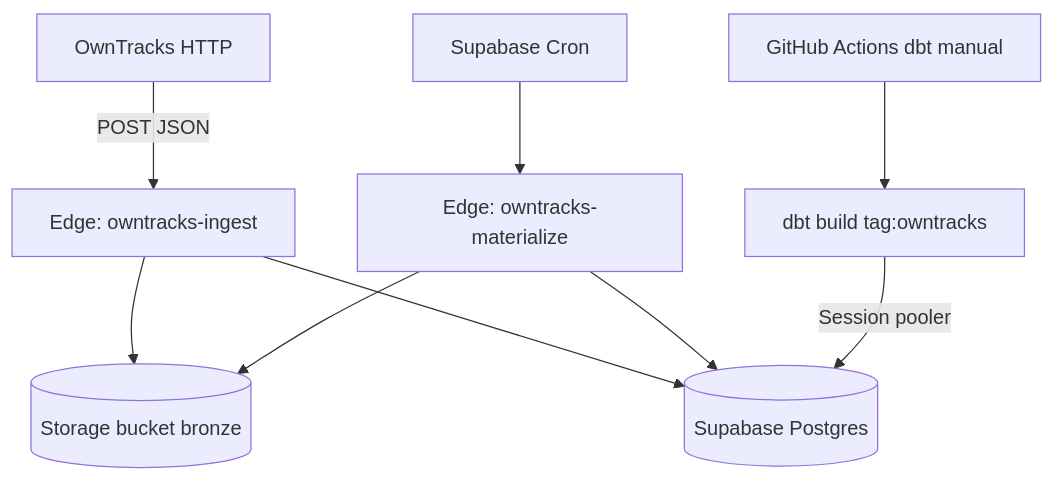
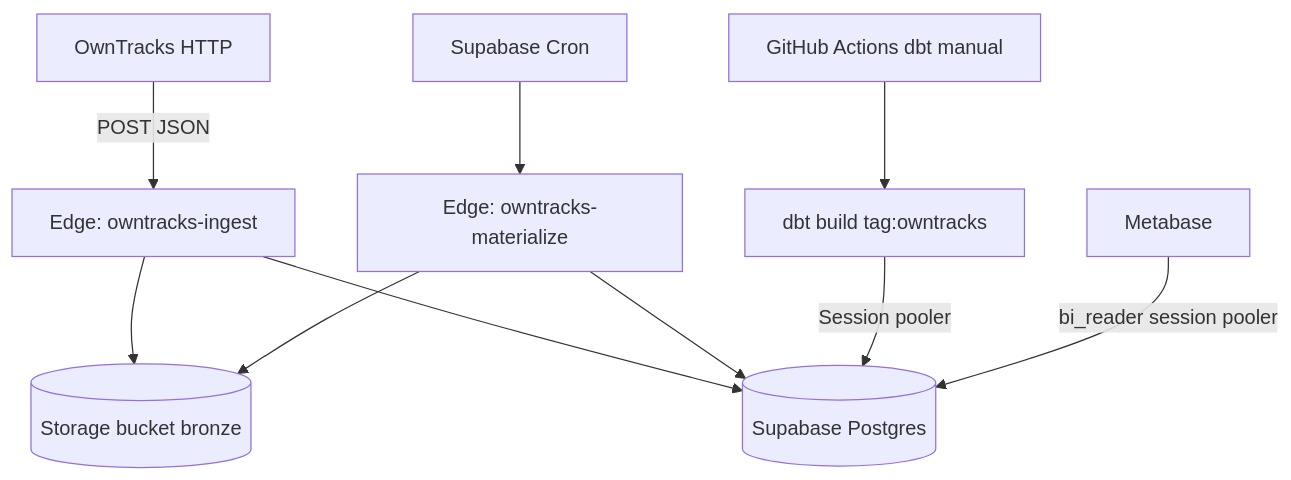
Before and after one commit to hskksk/lifelog-data-vault: the diagram in docs/architecture/supabase-runtime.md, drawn with Mermaid. The commit also changed other lines of this file and 16 other files, not shown here.

````diff
--- a/docs/architecture/supabase-runtime.md
+++ b/docs/architecture/supabase-runtime.md
@@ -25,20 +25,21 @@
 ```mermaid
 flowchart TB
   OT[OwnTracks HTTP]
   EF_IN[Edge: owntracks-ingest]
   BR[(Storage bucket bronze)]
   PG[(Supabase Postgres)]
   CRON[Supabase Cron]
   EF_MAT[Edge: owntracks-materialize]
   GH[GitHub Actions dbt manual]
   DBT[dbt build tag:owntracks]
 
   OT -->|POST JSON| EF_IN
   EF_IN --> BR
   EF_IN --> PG
   CRON --> EF_MAT
   EF_MAT --> BR
   EF_MAT --> PG
   GH --> DBT
   DBT -->|Session pooler| PG
+  MB[Metabase] -->|bi_reader session pooler| PG
 ```
````
